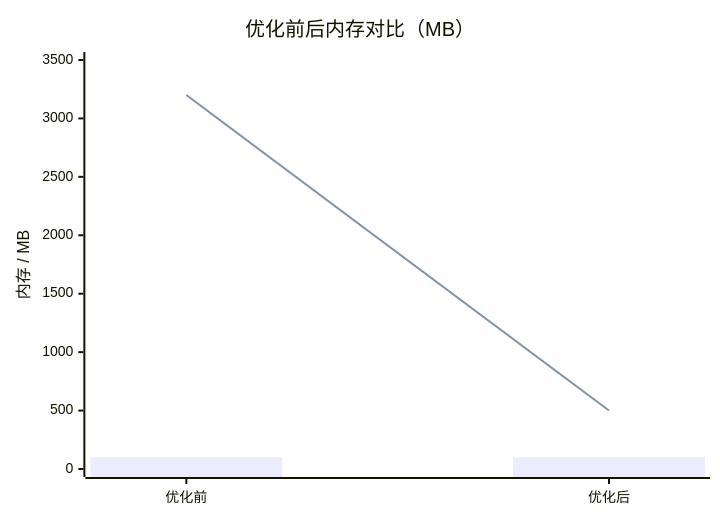
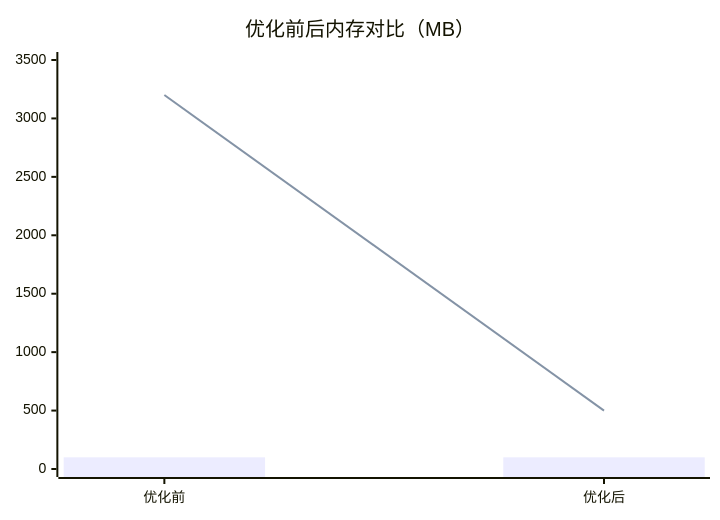
One commit to GODVvVZzz/godvvvzzz.github.io changed the diagram in content/post/go-memory-perf/index.md. Above: the diagram before and after it, drawn with Mermaid. The commit also changed 1 other file, not shown here.

Commit message:
fix: prevent Mermaid axis label overlap

````diff
--- a/content/post/go-memory-perf/index.md
+++ b/content/post/go-memory-perf/index.md
@@ -220,8 +220,8 @@
 ```mermaid
 xychart-beta
     title "优化前后内存对比（MB）"
     x-axis ["优化前", "优化后"]
-    y-axis "内存 / MB" 0 --> 3500
+    y-axis 0 --> 3500
     bar [100, 100]
     line [3200, 500]
 ```
````
